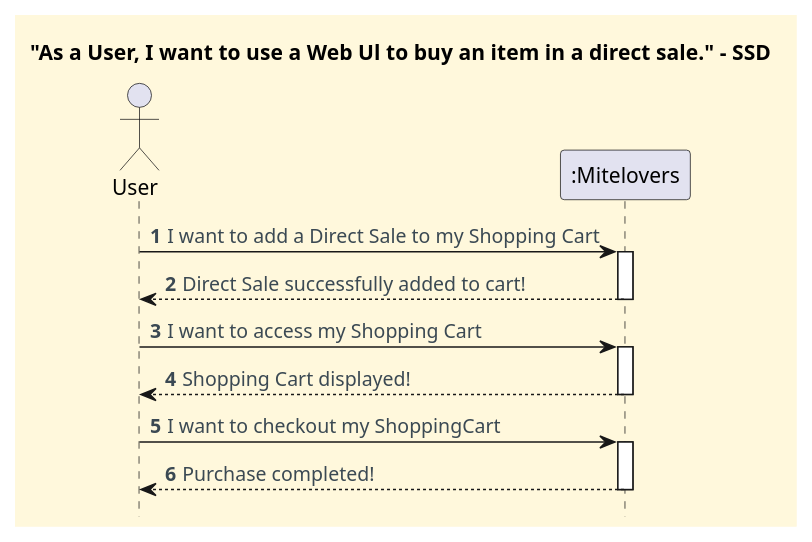
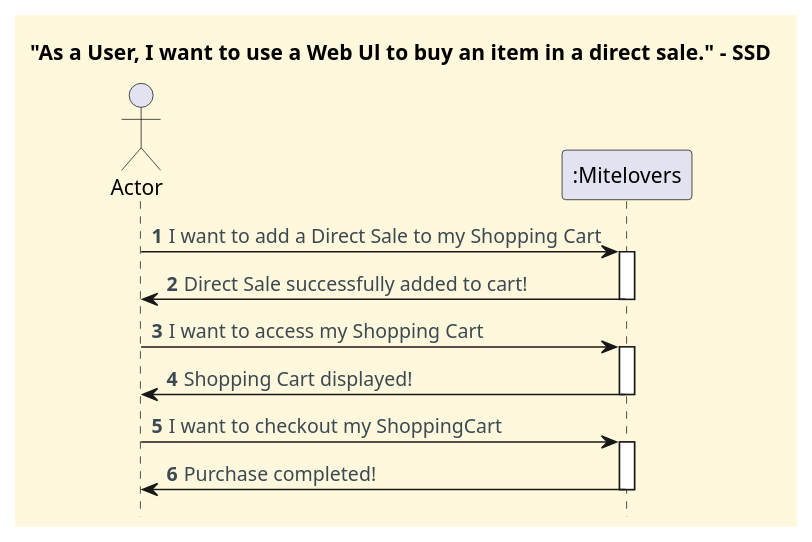
The diagram in docs/client-server-diagrams/buy-item-on-direct-sale/Process_View_SSD.puml (CarolinaLeite-collab/JavaMarketplacePlatform), drawn with PlantUML before and after one commit.

Commit message:
docs: updated process view level 1 diagram for *buy publication on a direct sale* functionality, refs #1173

```diff
--- a/docs/client-server-diagrams/buy-item-on-direct-sale/Process_View_SSD.puml
+++ b/docs/client-server-diagrams/buy-item-on-direct-sale/Process_View_SSD.puml
@@ -1,40 +1,40 @@
 @startuml
 
 '==== basic style ====
 hide stereotype
 skinparam monochrome false
 skinparam shadowing false
 skinparam defaultFontName Futura
 skinparam objectFontSize 20
 skinparam backgroundColor CornSilk
 skinparam objectBackgroundColor WhiteSmoke
 skinparam noteBackgroundColor #FFFFE0
 skinparam ArrowFontColor #3B4953
 skinparam ActivationBackgroundColor black
 hidefootbox
 
 autonumber
 
 title "As a User, I want to use a Web Ul to buy an item in a direct sale." - SSD
 
 ' --- Actor and participants ---
 
-actor User
+Actor Actor as BUYER
 participant ":Mitelovers" as mite
 
-User -> mite : I want to add a Direct Sale to my Shopping Cart
+BUYER -> mite : I want to add a Direct Sale to my Shopping Cart
 activate mite
-mite --> User : Direct Sale successfully added to cart!
+mite -> BUYER : Direct Sale successfully added to cart!
 deactivate mite
 
-User -> mite : I want to access my Shopping Cart
+BUYER -> mite : I want to access my Shopping Cart
 activate mite
-mite --> User : Shopping Cart displayed!
+mite -> BUYER : Shopping Cart displayed!
 deactivate mite
 
-User -> mite : I want to checkout my ShoppingCart
+BUYER -> mite : I want to checkout my ShoppingCart
 activate mite
-mite --> User : Purchase completed!
+mite -> BUYER : Purchase completed!
 deactivate mite
 
 @enduml
```
